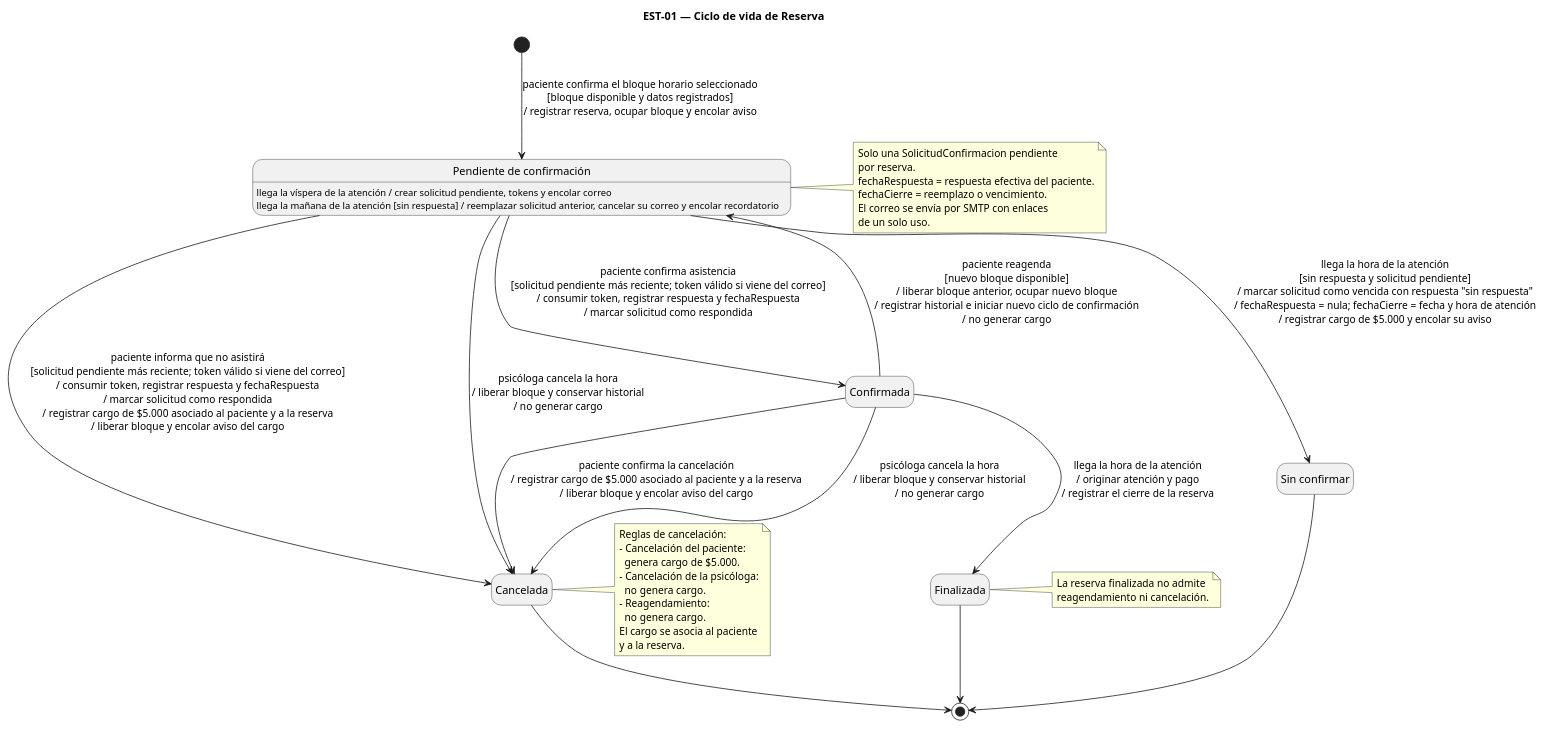
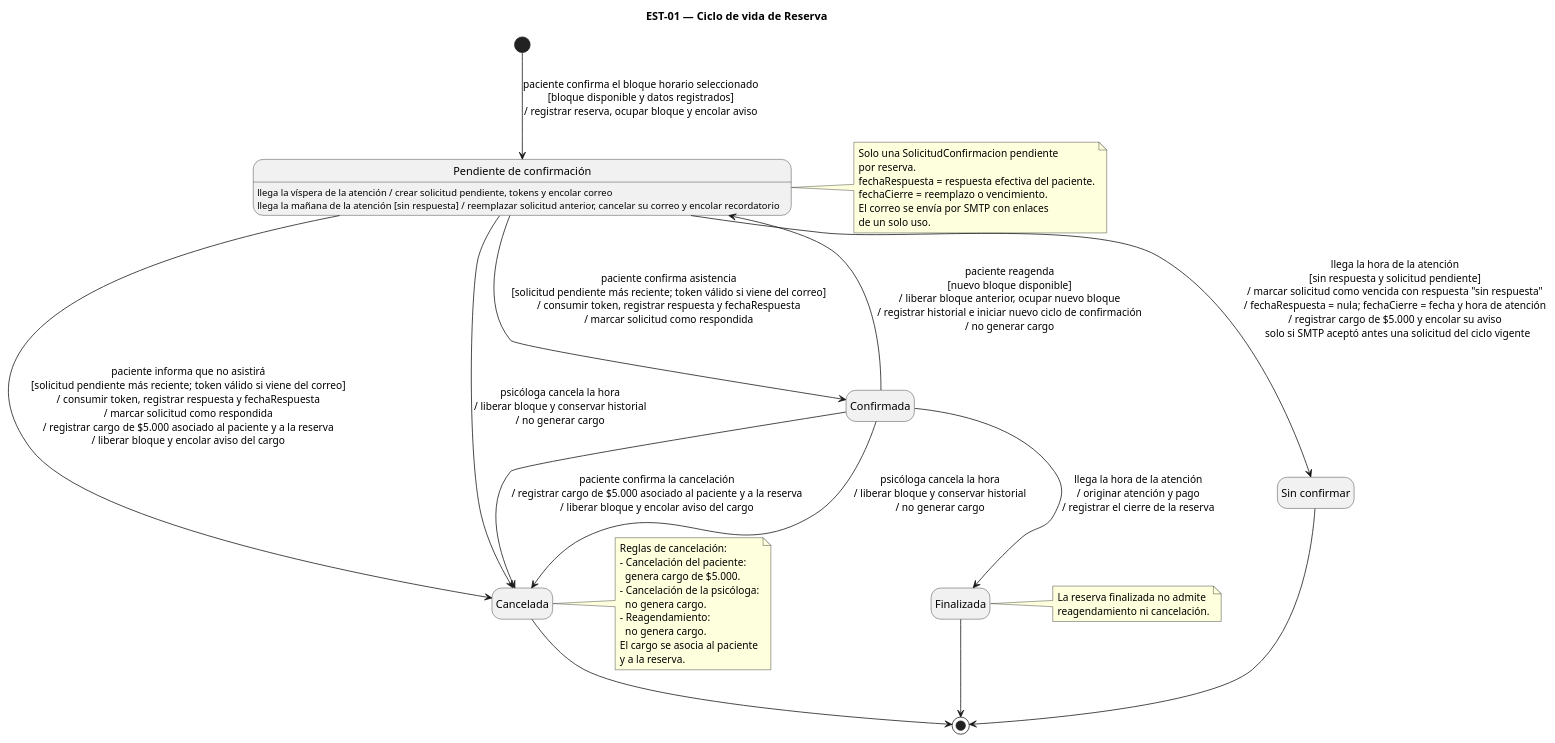
Before and after one commit to gestion-consulta-psicologica/ingenieria-requisitos: the diagram in diagramas/est-01.puml, drawn with PlantUML. The commit also changed 74 other files, not shown here.

```diff
--- a/diagramas/est-01.puml
+++ b/diagramas/est-01.puml
@@ -2,67 +2,67 @@
 @startuml est-01
 ' EST-01 — Ciclo de vida de Reserva
 skinparam shadowing false
 skinparam nodesep 80
 skinparam ranksep 60
 hide empty description
 
 title EST-01 — Ciclo de vida de Reserva
 
 state "Pendiente de confirmación" as PEN
 state "Confirmada" as CON
 state "Sin confirmar" as SIN
 state "Cancelada" as CAN
 state "Finalizada" as FIN
 
 PEN : llega la víspera de la atención / crear solicitud pendiente, tokens y encolar correo
 PEN : llega la mañana de la atención [sin respuesta] / reemplazar solicitud anterior, cancelar su correo y encolar recordatorio
 
 note right of PEN
   Solo una SolicitudConfirmacion pendiente
   por reserva.
   fechaRespuesta = respuesta efectiva del paciente.
   fechaCierre = reemplazo o vencimiento.
   El correo se envía por SMTP con enlaces
   de un solo uso.
 end note
 
 [*] --> PEN : paciente confirma el bloque horario seleccionado\n[bloque disponible y datos registrados]\n/ registrar reserva, ocupar bloque y encolar aviso
 
 PEN --> CON : paciente confirma asistencia\n[solicitud pendiente más reciente; token válido si viene del correo]\n/ consumir token, registrar respuesta y fechaRespuesta\n/ marcar solicitud como respondida
 
 PEN --> CAN : paciente informa que no asistirá\n[solicitud pendiente más reciente; token válido si viene del correo]\n/ consumir token, registrar respuesta y fechaRespuesta\n/ marcar solicitud como respondida\n/ registrar cargo de $5.000 asociado al paciente y a la reserva\n/ liberar bloque y encolar aviso del cargo
 
-PEN --> SIN : llega la hora de la atención\n[sin respuesta y solicitud pendiente]\n/ marcar solicitud como vencida con respuesta "sin respuesta"\n/ fechaRespuesta = nula; fechaCierre = fecha y hora de atención\n/ registrar cargo de $5.000 y encolar su aviso
+PEN --> SIN : llega la hora de la atención\n[sin respuesta y solicitud pendiente]\n/ marcar solicitud como vencida con respuesta "sin respuesta"\n/ fechaRespuesta = nula; fechaCierre = fecha y hora de atención\n/ registrar cargo de $5.000 y encolar su aviso\n  solo si SMTP aceptó antes una solicitud del ciclo vigente
 
 CON --> CAN : paciente confirma la cancelación\n/ registrar cargo de $5.000 asociado al paciente y a la reserva\n/ liberar bloque y encolar aviso del cargo
 
 PEN --> CAN : psicóloga cancela la hora\n/ liberar bloque y conservar historial\n/ no generar cargo
 
 CON --> CAN : psicóloga cancela la hora\n/ liberar bloque y conservar historial\n/ no generar cargo
 
 CON -up-> PEN : paciente reagenda\n[nuevo bloque disponible]\n/ liberar bloque anterior, ocupar nuevo bloque\n/ registrar historial e iniciar nuevo ciclo de confirmación\n/ no generar cargo
 
 CON --> FIN : llega la hora de la atención\n/ originar atención y pago\n/ registrar el cierre de la reserva
 
 note right of CAN
   Reglas de cancelación:
   - Cancelación del paciente:
     genera cargo de $5.000.
   - Cancelación de la psicóloga:
     no genera cargo.
   - Reagendamiento:
     no genera cargo.
   El cargo se asocia al paciente
   y a la reserva.
 end note
 
 note right of FIN
   La reserva finalizada no admite
   reagendamiento ni cancelación.
 end note
 
 FIN --> [*]
 CAN --> [*]
 SIN --> [*]
 
 @enduml
```
